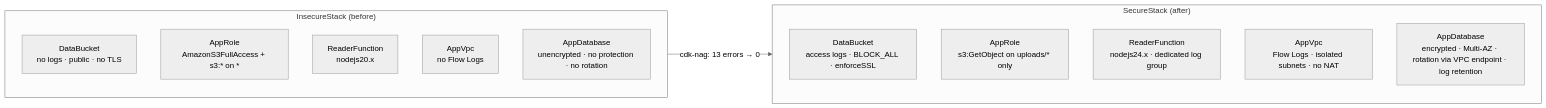
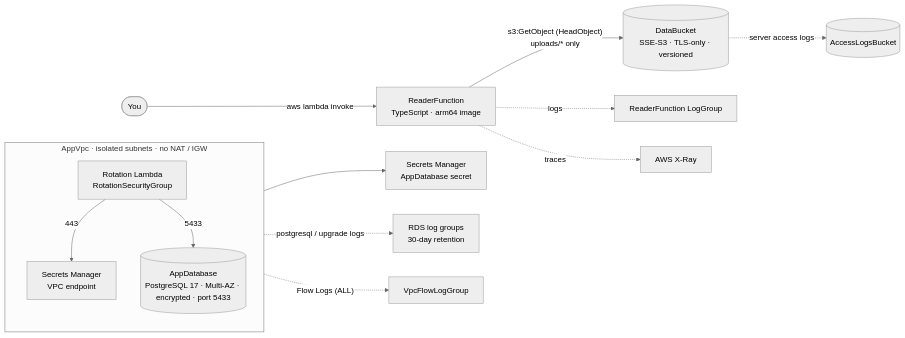
The diagram in README.md (EduardoTayupanta/aws-cdk-nag-security-tutorial), drawn with Mermaid (neutral theme) before and after one commit. The commit also changed other lines of this file and 9 other files, not shown here.

````diff
--- a/README.md
+++ b/README.md
@@ -59,20 +40,21 @@
 ```mermaid
 flowchart LR
-    subgraph before["InsecureStack (before)"]
+    user(["You"]) -->|"aws lambda invoke"| reader["ReaderFunction<br/>TypeScript · arm64 image"]
+    reader -->|"s3:GetObject (HeadObject)<br/>uploads/* only"| data[("DataBucket<br/>SSE-S3 · TLS-only · versioned")]
+    data -.->|"server access logs"| logs[("AccessLogsBucket")]
+    reader -.->|"logs"| readerLogs["ReaderFunction LogGroup"]
+    reader -.->|"traces"| xray["AWS X-Ray"]
+
+    subgraph vpc["AppVpc · isolated subnets · no NAT / IGW"]
         direction TB
-        a1["DataBucket<br/>no logs · public · no TLS"]
-        a2["AppRole<br/>AmazonS3FullAccess + s3:* on *"]
-        a3["ReaderFunction<br/>nodejs20.x"]
-        a4["AppVpc<br/>no Flow Logs"]
-        a5["AppDatabase<br/>unencrypted · no protection · no rotation"]
+        rotation["Rotation Lambda<br/>RotationSecurityGroup"]
+        endpoint["Secrets Manager<br/>VPC endpoint"]
+        db[("AppDatabase<br/>PostgreSQL 17 · Multi-AZ · encrypted · port 5433")]
+        rotation -->|"443"| endpoint
+        rotation -->|"5433"| db
     end
-    subgraph after["SecureStack (after)"]
-        direction TB
-        b1["DataBucket<br/>access logs · BLOCK_ALL · enforceSSL"]
-        b2["AppRole<br/>s3:GetObject on uploads/* only"]
-        b3["ReaderFunction<br/>nodejs24.x · dedicated log group"]
-        b4["AppVpc<br/>Flow Logs · isolated subnets · no NAT"]
-        b5["AppDatabase<br/>encrypted · Multi-AZ · rotation via VPC endpoint · log retention"]
-    end
-    before -- "cdk-nag: 13 errors → 0" --> after
+
+    endpoint --> sm["Secrets Manager<br/>AppDatabase secret"]
+    db -.->|"postgresql / upgrade logs"| dbLogs["RDS log groups<br/>30-day retention"]
+    vpc -.->|"Flow Logs (ALL)"| flowLogs["VpcFlowLogGroup"]
 ```
````
